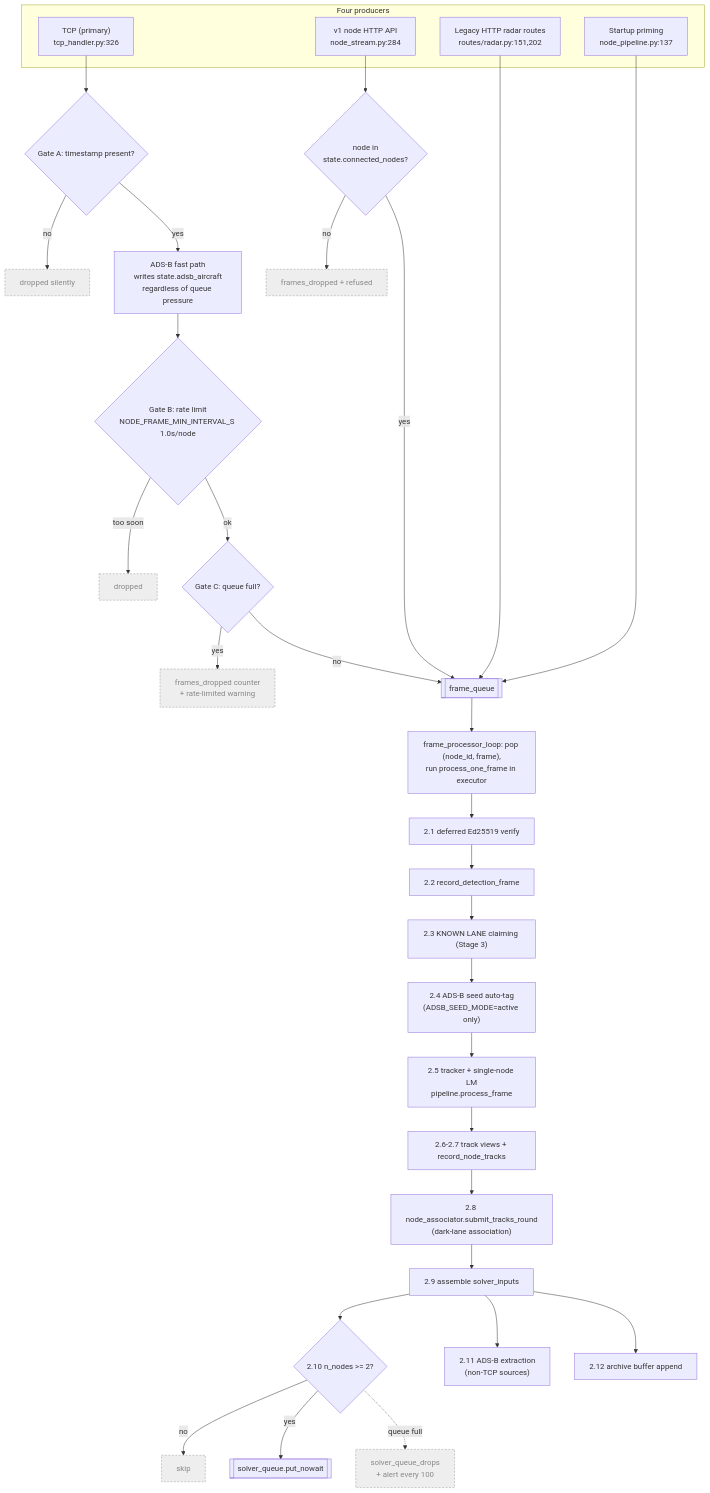
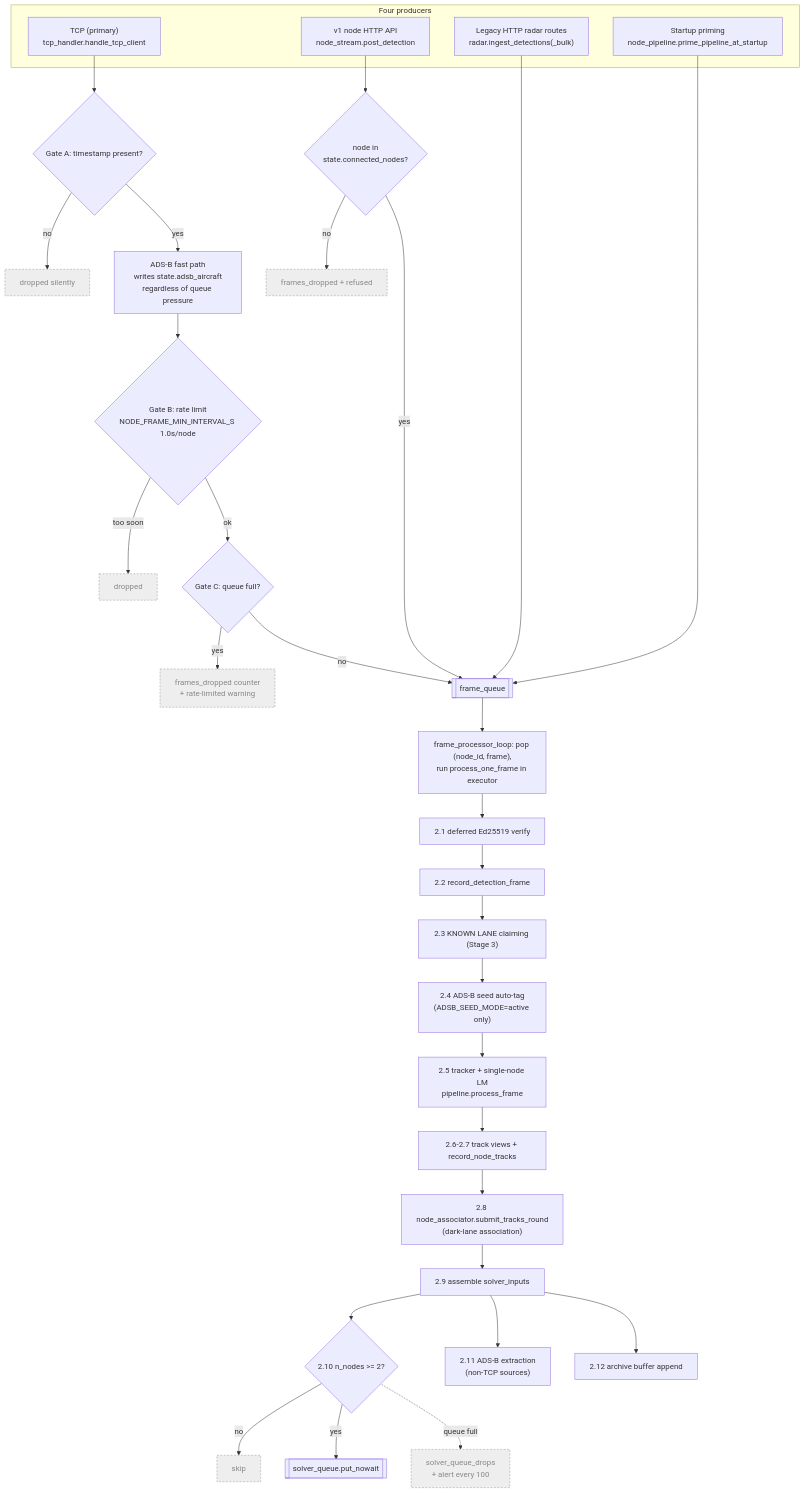
Before and after one commit to offworldlabs/retina-server: the third of 10 diagrams in docs/solverflow.md, drawn with Mermaid. The commit also changed other lines of this file and 4 other files, not shown here.

````diff
--- a/docs/solverflow.md
+++ b/docs/solverflow.md
@@ -89,42 +89,42 @@
 ```mermaid
 flowchart TD
     subgraph producers["Four producers"]
-        p1["TCP (primary)<br/>tcp_handler.py:326"]
-        p3["v1 node HTTP API<br/>node_stream.py:284"]
-        p4["Legacy HTTP radar routes<br/>routes/radar.py:151,202"]
-        p5["Startup priming<br/>node_pipeline.py:137"]
+        p1["TCP (primary)<br/>tcp_handler.handle_tcp_client"]
+        p3["v1 node HTTP API<br/>node_stream.post_detection"]
+        p4["Legacy HTTP radar routes<br/>radar.ingest_detections(_bulk)"]
+        p5["Startup priming<br/>node_pipeline.prime_pipeline_at_startup"]
     end
 
     p1 --> gA{"Gate A: timestamp present?"}
     gA -->|"no"| dropA["dropped silently"]:::inert
     gA -->|"yes"| adsbfast["ADS-B fast path<br/>writes state.adsb_aircraft<br/>regardless of queue pressure"]
     adsbfast --> gB{"Gate B: rate limit<br/>NODE_FRAME_MIN_INTERVAL_S 1.0s/node"}
     gB -->|"too soon"| dropB["dropped"]:::inert
     gB -->|"ok"| gC{"Gate C: queue full?"}
     gC -->|"yes"| dropC["frames_dropped counter<br/>+ rate-limited warning"]:::inert
     gC -->|"no"| fq[["frame_queue"]]
 
     p3 --> gD{"node in<br/>state.connected_nodes?"}
     gD -->|"no"| dropD["frames_dropped + refused"]:::inert
     gD -->|"yes"| fq
     p4 --> fq
     p5 --> fq
 
     fq --> drain["frame_processor_loop: pop (node_id, frame),<br/>run process_one_frame in executor"]
     drain --> s21["2.1 deferred Ed25519 verify"]
     s21 --> s22["2.2 record_detection_frame"]
     s22 --> s23["2.3 KNOWN LANE claiming (Stage 3)"]
     s23 --> s24["2.4 ADS-B seed auto-tag<br/>(ADSB_SEED_MODE=active only)"]
     s24 --> s25["2.5 tracker + single-node LM<br/>pipeline.process_frame"]
     s25 --> s26["2.6-2.7 track views + record_node_tracks"]
     s26 --> s28["2.8 node_associator.submit_tracks_round<br/>(dark-lane association)"]
     s28 --> s29["2.9 assemble solver_inputs"]
     s29 --> gE{"2.10 n_nodes >= 2?"}
     gE -->|"no"| skipE["skip"]:::inert
     gE -->|"yes"| sq[["solver_queue.put_nowait"]]
     gE -.->|"queue full"| dropE["solver_queue_drops<br/>+ alert every 100"]:::inert
     s29 --> s211["2.11 ADS-B extraction<br/>(non-TCP sources)"]
     s29 --> s212["2.12 archive buffer append"]
 
     classDef inert fill:#eee,stroke:#999,color:#888,stroke-dasharray: 4 3
 ```
````
